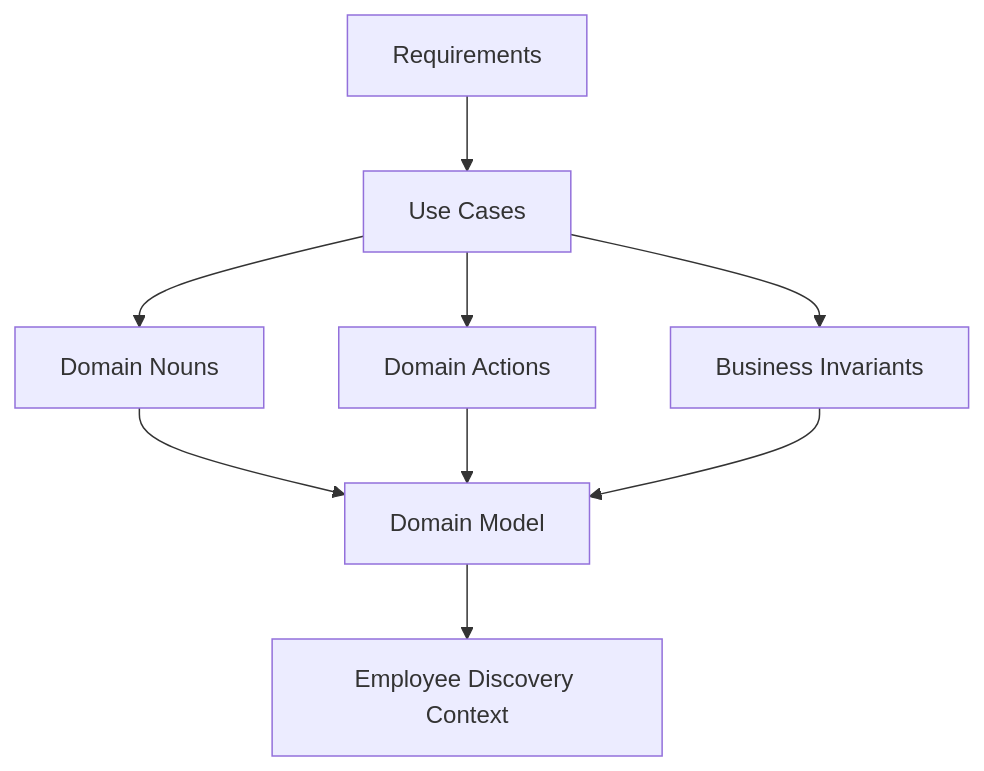
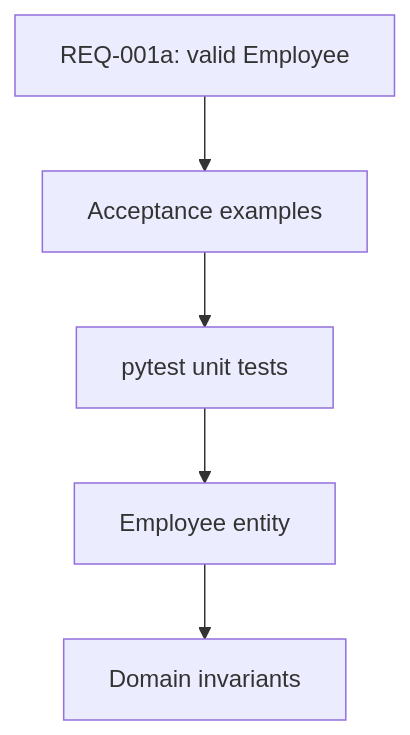
Before and after one commit to Thommans-Playground/coursera-IBM-RAG-Agentic-AI-Professional-Certificate: the fourth of 12 diagrams in course3/instructions.md, drawn with Mermaid. The commit also changed other lines of this file, not shown here.

````diff
--- a/course3/instructions.md
+++ b/course3/instructions.md
@@ -149,13 +225,7 @@
 ```mermaid
 flowchart TD
-    R["Requirements"] --> U["Use Cases"]
-    U --> N["Domain Nouns"]
-    U --> V["Domain Actions"]
-    U --> I["Business Invariants"]
-
-    N --> M["Domain Model"]
-    V --> M
-    I --> M
-
-    M --> BC["Employee Discovery Context"]
+    R["REQ-001a: valid Employee"] --> AC["Acceptance examples"]
+    AC --> T["pytest unit tests"]
+    T --> E["Employee entity"]
+    E --> I["Domain invariants"]
 ```
````
